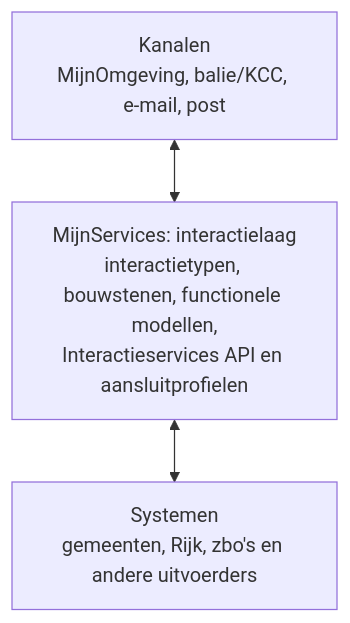
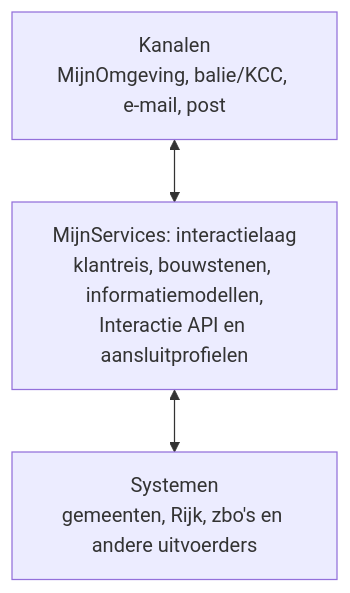
Before and after one commit to VNG-Realisatie/mijn-services-documentatie: the diagram in docs/mijn-services/index.mdx, drawn with Mermaid. The commit also changed other lines of this file and 81 other files, not shown here.

````diff
--- a/docs/mijn-services/index.mdx
+++ b/docs/mijn-services/index.mdx
@@ -18,7 +18,7 @@
 ```mermaid
 flowchart TB
   Kanalen["Kanalen<br/>MijnOmgeving, balie/KCC, e-mail, post"]
-  Interactie["MijnServices: interactielaag<br/>interactietypen, bouwstenen, functionele modellen,<br/>Interactieservices API en aansluitprofielen"]
+  Interactie["MijnServices: interactielaag<br/>klantreis, bouwstenen, informatiemodellen,<br/>Interactie API en aansluitprofielen"]
   Systemen["Systemen<br/>gemeenten, Rijk, zbo's en andere uitvoerders"]
   Kanalen <--> Interactie <--> Systemen
 ```
````
